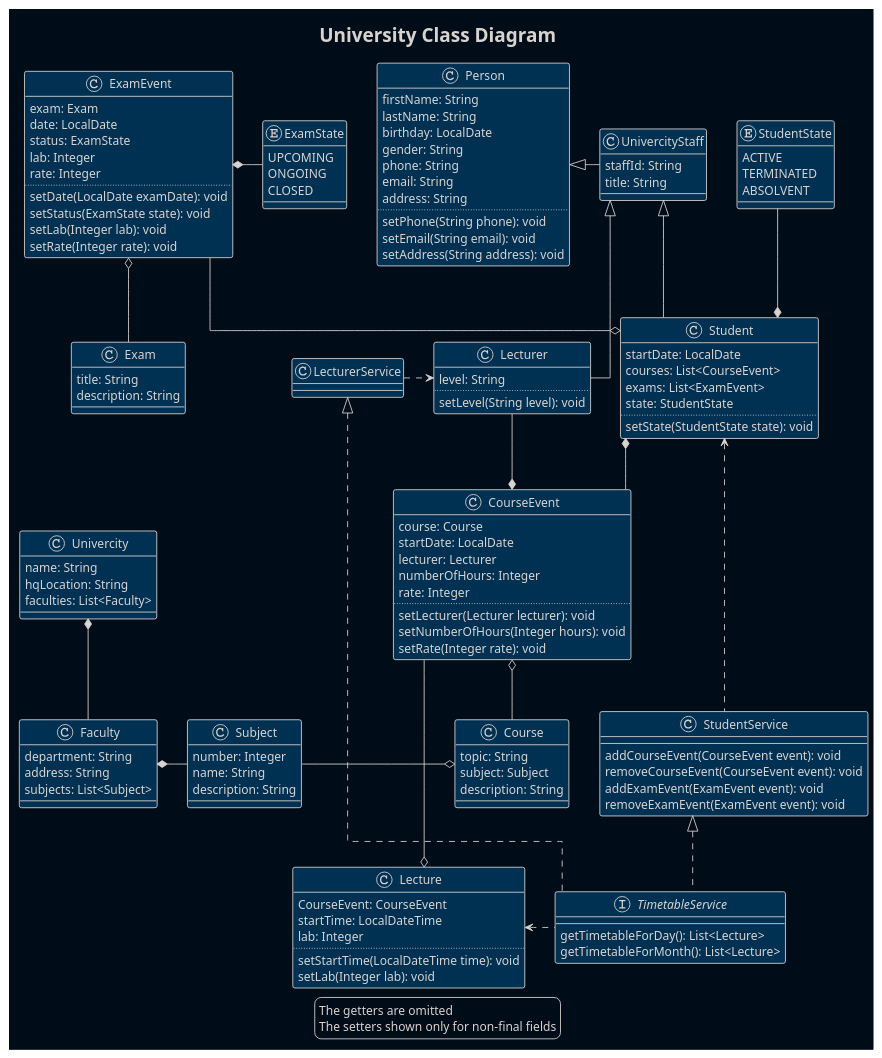
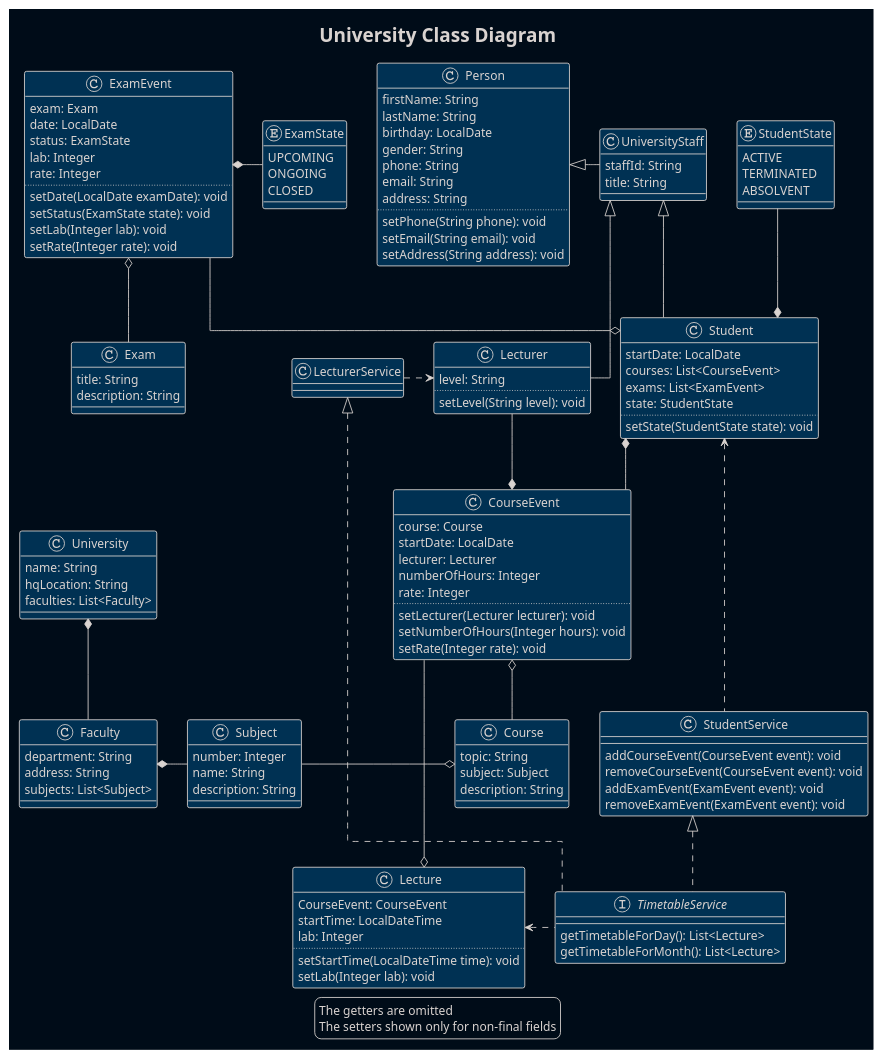
Before and after one commit to RomaEcho/University: the diagram in src/main/resources/diagrams/University.puml, drawn with PlantUML. The commit also changed 1 other file, not shown here.

Commit message:
University added University.puml syntax fix

```diff
--- a/src/main/resources/diagrams/University.puml
+++ b/src/main/resources/diagrams/University.puml
@@ -1,141 +1,141 @@
 @startuml
 '!theme plain
 !theme blueprint
 skinparam BackgroundColor #000c18
 'skinparam ClassBackgroundColor #000c18
 skinparam linetype ortho
 
 title University Class Diagram
 class Person{
     firstName: String
     lastName: String
     birthday: LocalDate
     gender: String
     phone: String
     email: String
     address: String
     ..
     setPhone(String phone): void
     setEmail(String email): void
     setAddress(String address): void
 }
 class Student{
     startDate: LocalDate
     courses: List<CourseEvent>
     exams: List<ExamEvent>
     state: StudentState
     ..
     setState(StudentState state): void
 }
 enum StudentState{
     ACTIVE
     TERMINATED
     ABSOLVENT
 }
-class UnivercityStaff{
+class UniversityStaff{
     staffId: String
     title: String
 }
 class Subject{
     number: Integer
     name: String
     description: String
 }
 class Course{
     topic: String
     subject: Subject
     description: String
 }
 class CourseEvent{
     course: Course
     startDate: LocalDate
     lecturer: Lecturer
     numberOfHours: Integer
     rate: Integer
     ..
     setLecturer(Lecturer lecturer): void
     setNumberOfHours(Integer hours): void
     setRate(Integer rate): void
 }
 class Lecturer{
     level: String
     ..
     setLevel(String level): void
 }
 class Exam{
     title: String
     description: String
 }
 class ExamEvent{
     exam: Exam
     date: LocalDate
     status: ExamState
     lab: Integer
     rate: Integer
     ..
     setDate(LocalDate examDate): void
     setStatus(ExamState state): void
     setLab(Integer lab): void
     setRate(Integer rate): void
 }
 enum ExamState{
     UPCOMING
     ONGOING
     CLOSED
 }
 class Faculty{
     department: String
     address: String
     subjects: List<Subject>
 }
-class Univercity {
+class University {
     name: String
     hqLocation: String
     faculties: List<Faculty>
 }
 class Lecture{
     CourseEvent: CourseEvent
     startTime: LocalDateTime
     lab: Integer
     ..
     setStartTime(LocalDateTime time): void
     setLab(Integer lab): void
 }
 interface TimetableService{
     getTimetableForDay(): List<Lecture>
     getTimetableForMonth(): List<Lecture>
 }
 class StudentService {
     addCourseEvent(CourseEvent event): void
     removeCourseEvent(CourseEvent event): void
     addExamEvent(ExamEvent event): void
     removeExamEvent(ExamEvent event): void
 }
 class LecturerService
 
-Person <|-right- UnivercityStaff
-UnivercityStaff <|-- Student
-UnivercityStaff <|-- Lecturer
+Person <|-right- UniversityStaff
+UniversityStaff <|-- Student
+UniversityStaff <|-- Lecturer
 Student *-up- StudentState
 Student *-- CourseEvent
 CourseEvent *-up- Lecturer
 Student o-up- ExamEvent
 ExamEvent o-- Exam
 ExamEvent *-right- ExamState
 CourseEvent o-- Course
 Course o-left- Subject
 Faculty *- Subject
-Univercity *-- Faculty
+University *-- Faculty
 Student <... StudentService
 StudentService <|.. TimetableService
 LecturerService <|.. TimetableService
 LecturerService .> Lecturer
 TimetableService .left.> Lecture
 CourseEvent --o Lecture
 
 legend
     The getters are omitted
     The setters shown only for non-final fields
 endlegend
 
 @enduml
```
